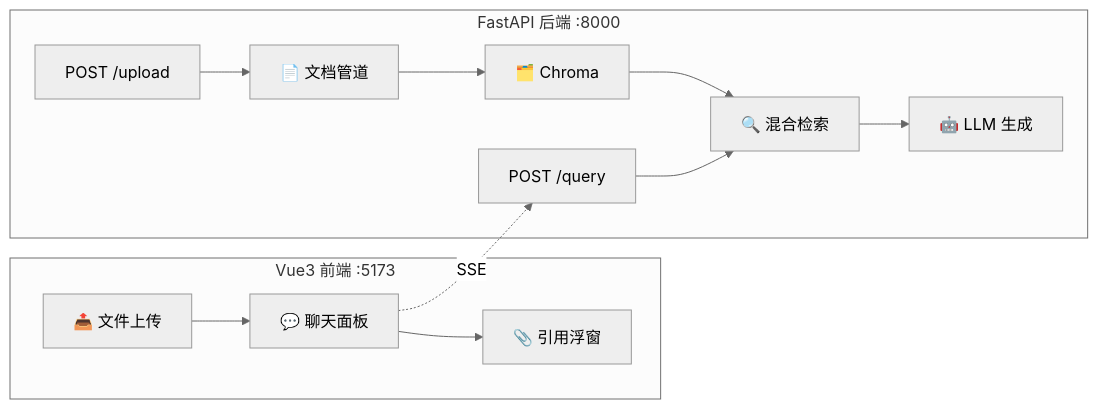
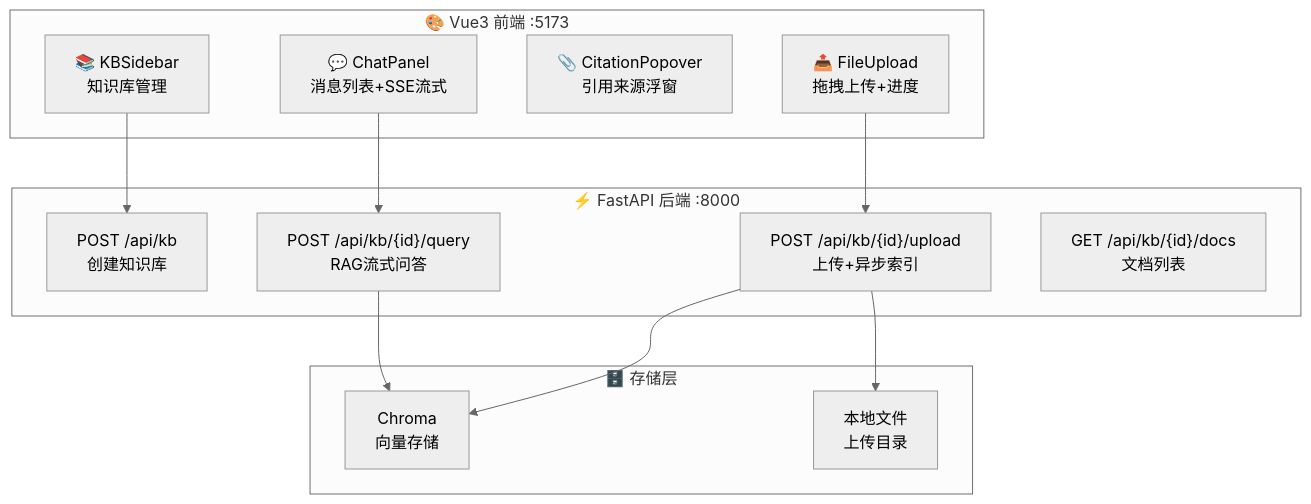
The diagram in phase3_rag/07_rag_web_app.md (gyc-chenxi/llm-fullstack-dev-roadmap), drawn with Mermaid (neutral theme) before and after one commit. The commit also changed other lines of this file and 8 other files, not shown here.

````diff
--- a/phase3_rag/07_rag_web_app.md
+++ b/phase3_rag/07_rag_web_app.md
@@ -10,15 +10,27 @@
 ```mermaid
-graph LR
-    subgraph "Vue3 前端 :5173"
-        A[📤 文件上传] --> B[💬 聊天面板]
-        B --> C[📎 引用浮窗]
+graph TB
+    subgraph "🎨 Vue3 前端 :5173"
+        A["📤 FileUpload<br/>拖拽上传+进度"]
+        B["💬 ChatPanel<br/>消息列表+SSE流式"]
+        C["📎 CitationPopover<br/>引用来源浮窗"]
+        D["📚 KBSidebar<br/>知识库管理"]
     end
-    subgraph "FastAPI 后端 :8000"
-        D[POST /upload] --> E[📄 文档管道]
-        E --> F[🗂️ Chroma]
-        G[POST /query] --> H[🔍 混合检索]
-        F --> H
-        H --> I[🤖 LLM 生成]
+
+    subgraph "⚡ FastAPI 后端 :8000"
+        E["POST /api/kb<br/>创建知识库"]
+        F["POST /api/kb/{id}/upload<br/>上传+异步索引"]
+        G["POST /api/kb/{id}/query<br/>RAG流式问答"]
+        H["GET /api/kb/{id}/docs<br/>文档列表"]
     end
-    B -.->|SSE| G
+
+    subgraph "🗄️ 存储层"
+        I["Chroma<br/>向量存储"]
+        J["本地文件<br/>上传目录"]
+    end
+
+    D --> E
+    A --> F
+    B --> G
+    F --> I & J
+    G --> I
 ```
````
